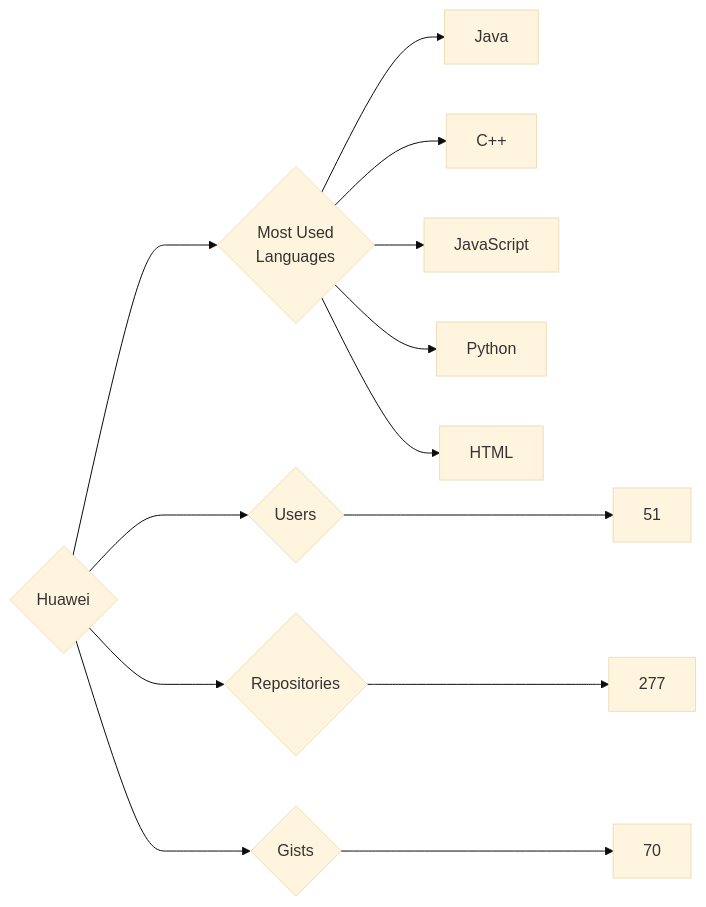
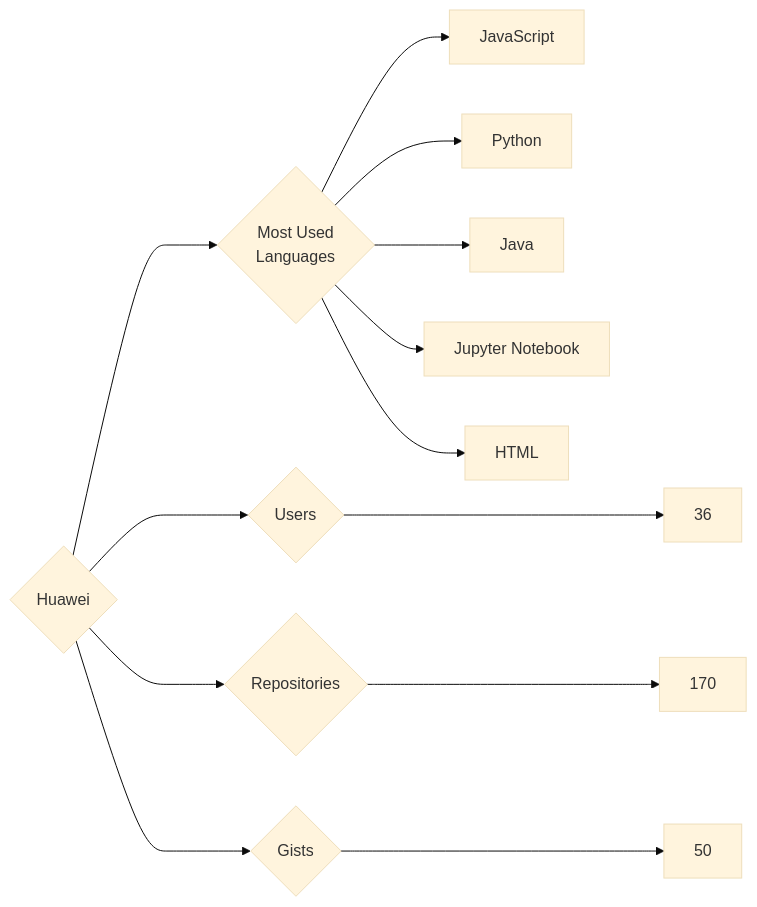
One commit to trickest/insiders changed the diagram in targets/Huawei/README.md. Above: the diagram before and after it, drawn with Mermaid (base theme). The commit also changed 838 other files, not shown here.

````diff
--- a/targets/Huawei/README.md
+++ b/targets/Huawei/README.md
@@ -3,13 +3,13 @@
 ```mermaid
 graph LR
 COMPANY_NAME{Huawei}
-COMPANY_NAME ---> U{Users} ---> UN[51]
-COMPANY_NAME ---> R{Repositories} ---> RN[277]
-COMPANY_NAME ---> G{Gists} ---> GN[70]
+COMPANY_NAME ---> U{Users} ---> UN[36]
+COMPANY_NAME ---> R{Repositories} ---> RN[170]
+COMPANY_NAME ---> G{Gists} ---> GN[50]
 COMPANY_NAME ---> ML{Most Used<br>Languages}
-ML --> Java[Java]
-ML --> C++[C++]
 ML --> JavaScript[JavaScript]
 ML --> Python[Python]
+ML --> Java[Java]
+ML --> Jupyter_Notebook[Jupyter Notebook]
 ML --> HTML[HTML]
 ```
````
